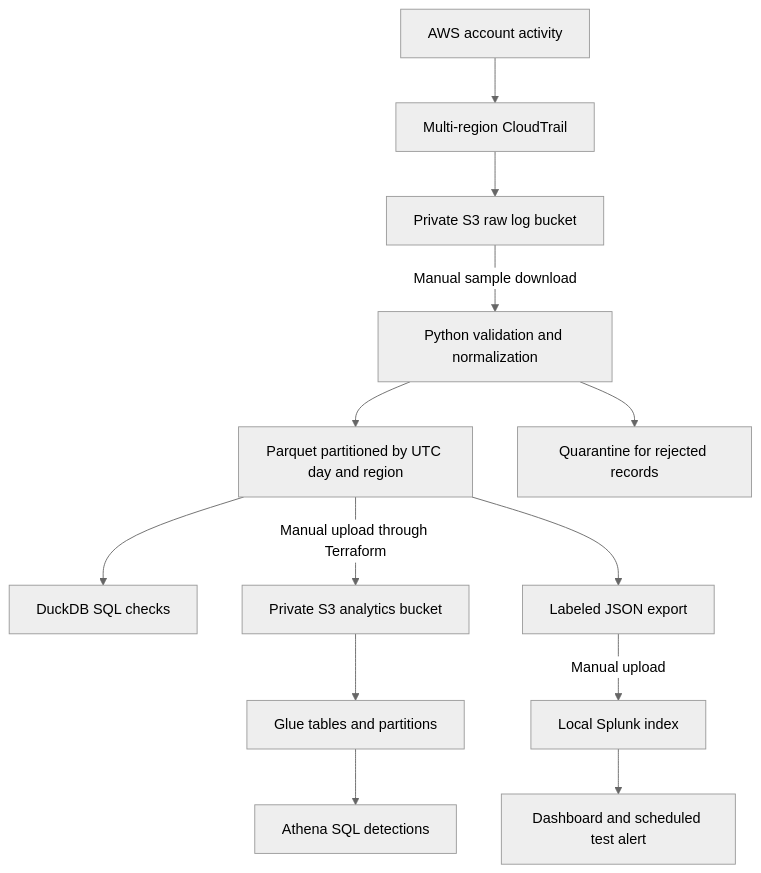
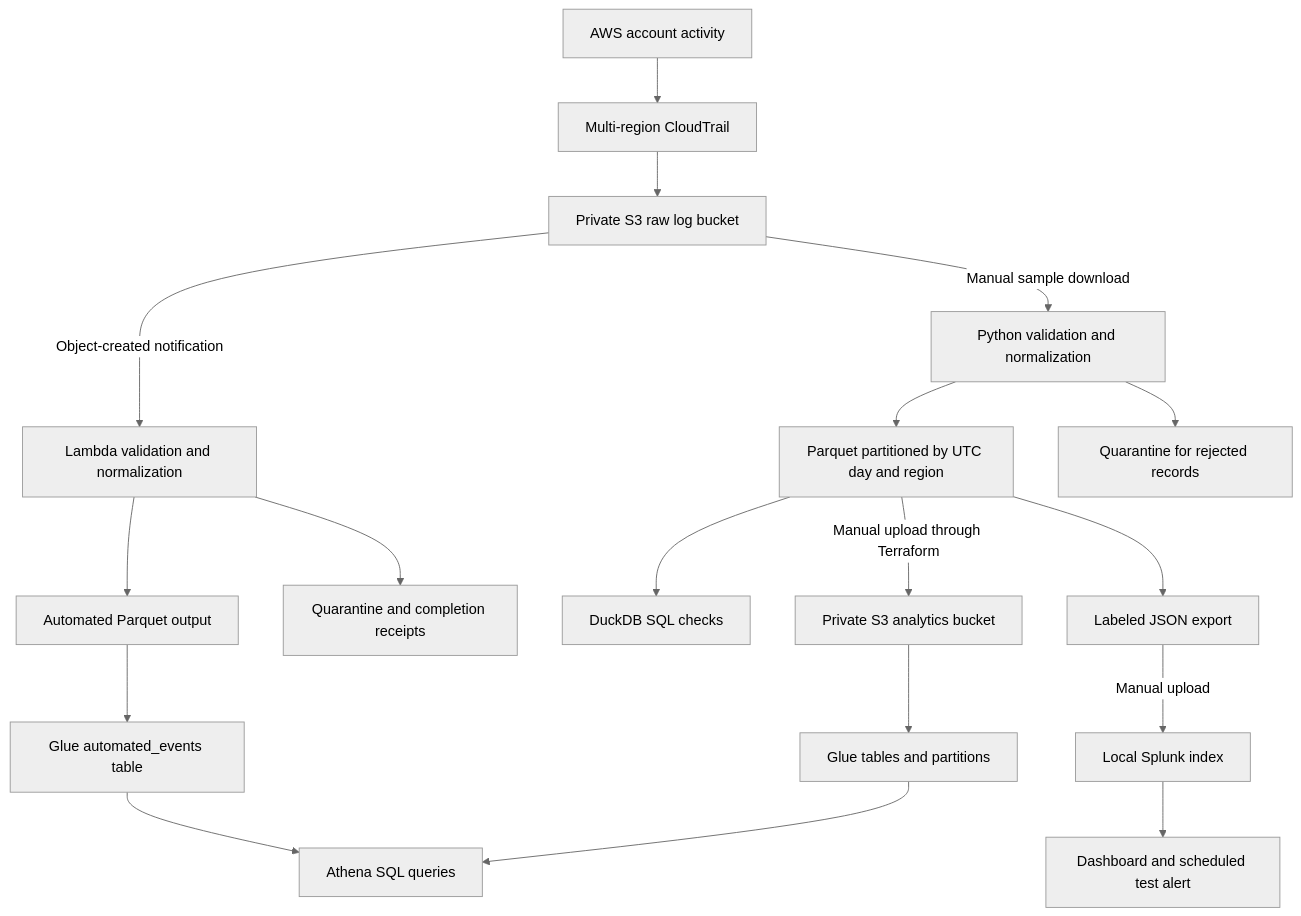
One commit to echeekene/Cloud-detection-pipeline changed the diagram in README.md. Above: the diagram before and after it, drawn with Mermaid (neutral theme). The commit also changed other lines of this file and 13 other files, not shown here.

````diff
--- a/README.md
+++ b/README.md
@@ -24,15 +26,20 @@
 ```mermaid
 flowchart TD
     A[AWS account activity] --> B[Multi-region CloudTrail]
     B --> C[Private S3 raw log bucket]
     C -->|Manual sample download| D[Python validation and normalization]
+    C -->|Object-created notification| O[Lambda validation and normalization]
+    O --> P[Automated Parquet output]
+    O --> R[Quarantine and completion receipts]
+    P --> Q[Glue automated_events table]
+    Q --> J[Athena SQL queries]
     D --> E[Parquet partitioned by UTC day and region]
     D --> F[Quarantine for rejected records]
     E --> G[DuckDB SQL checks]
     E -->|Manual upload through Terraform| H[Private S3 analytics bucket]
     H --> I[Glue tables and partitions]
-    I --> J[Athena SQL detections]
+    I --> J
     E --> K[Labeled JSON export]
     K -->|Manual upload| L[Local Splunk index]
     L --> M[Dashboard and scheduled test alert]
 ```
````
